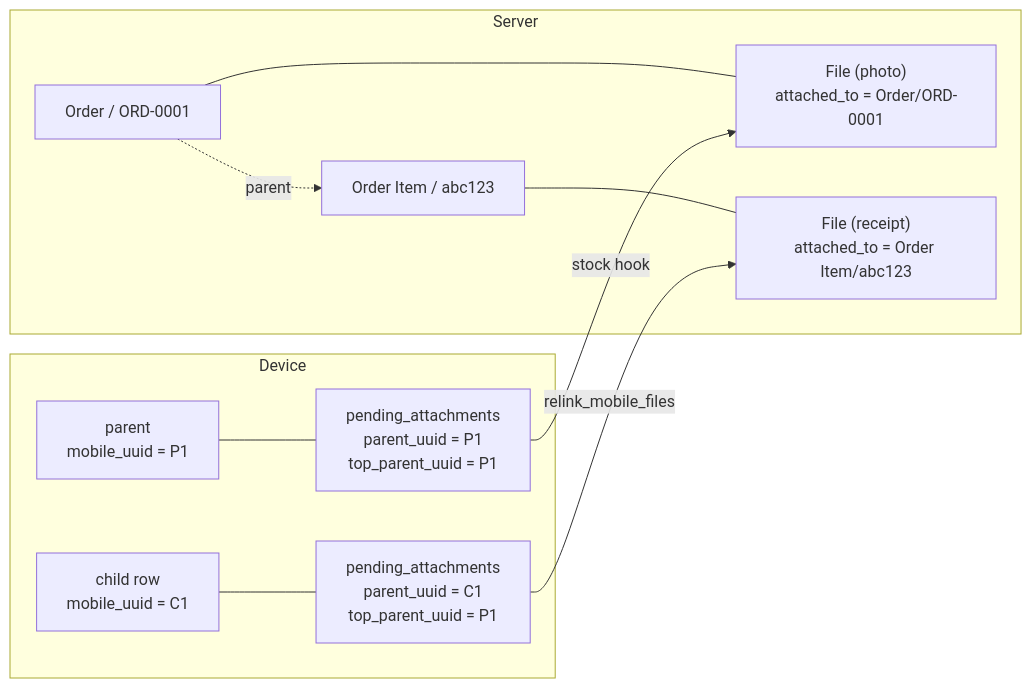
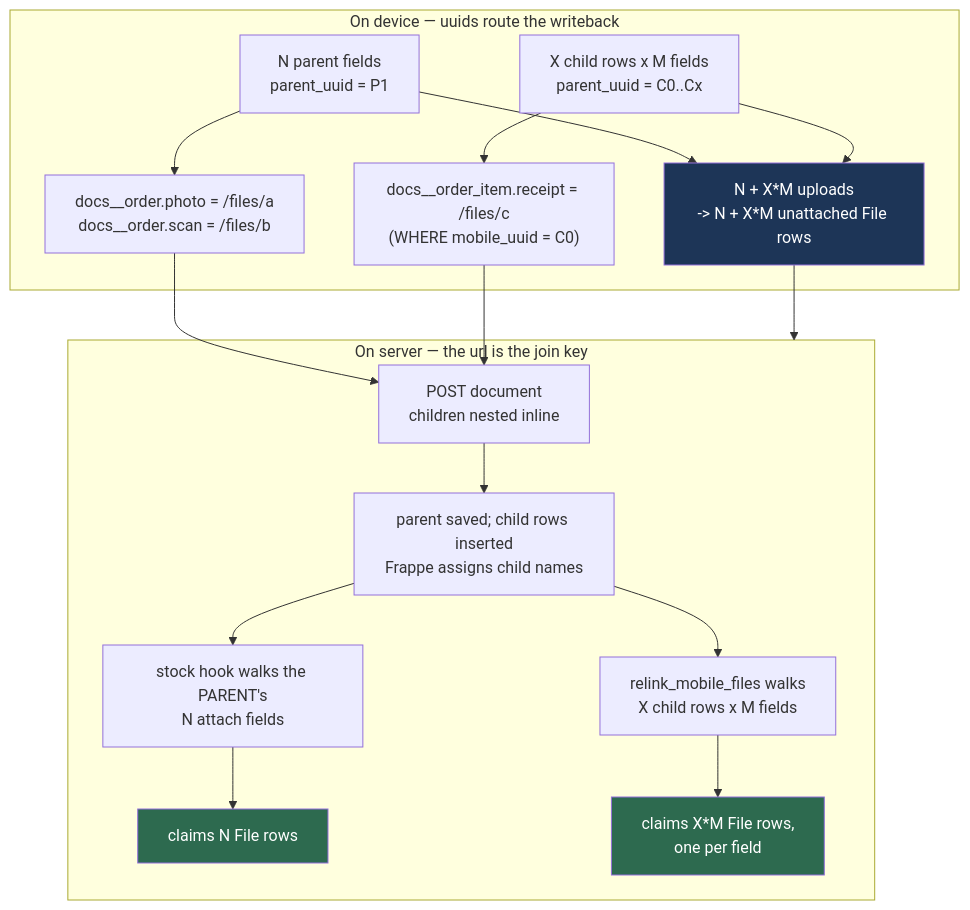
The third of 7 diagrams in doc/release-2.0/attachments.md (Omprakash-48/frappe-mobile-sdk), drawn with Mermaid before and after one commit. The commit also changed other lines of this file, not shown here.

````diff
--- a/doc/release-2.0/attachments.md
+++ b/doc/release-2.0/attachments.md
@@ -139,22 +163,25 @@
 ```mermaid
-flowchart LR
-    subgraph Device
-        PU["parent<br/>mobile_uuid = P1"]
-        CU["child row<br/>mobile_uuid = C1"]
-        PA1["pending_attachments<br/>parent_uuid = P1<br/>top_parent_uuid = P1"]
-        PA2["pending_attachments<br/>parent_uuid = C1<br/>top_parent_uuid = P1"]
-        PU --- PA1
-        CU --- PA2
+flowchart TD
+    subgraph DEV["On device — uuids route the writeback"]
+        A1["N parent fields<br/>parent_uuid = P1"] --> W1["docs__order.photo = /files/a<br/>docs__order.scan = /files/b"]
+        A2["X child rows x M fields<br/>parent_uuid = C0..Cx"] --> W2["docs__order_item.receipt = /files/c<br/>(WHERE mobile_uuid = C0)"]
+        A1 --> U["N + X*M uploads<br/>-> N + X*M unattached File rows"]
+        A2 --> U
     end
-    subgraph Server
-        PD["Order / ORD-0001"]
-        CD["Order Item / abc123"]
-        F1["File (photo)<br/>attached_to = Order/ORD-0001"]
-        F2["File (receipt)<br/>attached_to = Order Item/abc123"]
-        PD --- F1
-        CD --- F2
+
+    W1 --> POST["POST document<br/>children nested inline"]
+    W2 --> POST
+    U --> SRV
+
+    subgraph SRV["On server — the url is the join key"]
+        POST --> SAVE["parent saved; child rows inserted<br/>Frappe assigns child names"]
+        SAVE --> H1["stock hook walks the PARENT's<br/>N attach fields"]
+        SAVE --> H2["relink_mobile_files walks<br/>X child rows x M fields"]
+        H1 --> L1["claims N File rows"]
+        H2 --> L2["claims X*M File rows,<br/>one per field"]
     end
-    PA1 -->|stock hook| F1
-    PA2 -->|relink_mobile_files| F2
-    PD -.->|parent| CD
+
+    style U fill:#1d3557,color:#fff
+    style L1 fill:#2d6a4f,color:#fff
+    style L2 fill:#2d6a4f,color:#fff
 ```
````
